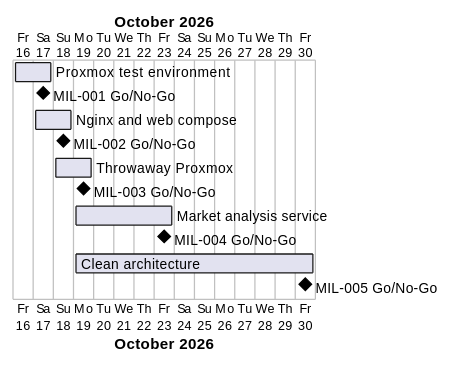
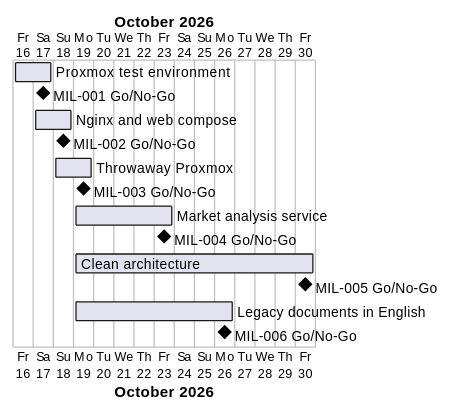
One commit to NF-Hotel/NFHotel changed the diagram in docs/project-plan.md. Above: the diagram before and after it, drawn with PlantUML. The commit also changed other lines of this file and 6 other files, not shown here.

````diff
--- a/docs/project-plan.md
+++ b/docs/project-plan.md
@@ -41,15 +42,17 @@
 ```plantuml
 @startgantt
 Project starts 2026-10-16
 [Proxmox test environment] starts 2026-10-16 and ends 2026-10-17
 [MIL-001 Go/No-Go] happens 2026-10-17
 [Nginx and web compose] starts 2026-10-17 and ends 2026-10-18
 [MIL-002 Go/No-Go] happens 2026-10-18
 [Throwaway Proxmox] starts 2026-10-18 and ends 2026-10-19
 [MIL-003 Go/No-Go] happens 2026-10-19
 [Market analysis service] starts 2026-10-19 and ends 2026-10-23
 [MIL-004 Go/No-Go] happens 2026-10-23
 [Clean architecture] starts 2026-10-19 and ends 2026-10-30
 [MIL-005 Go/No-Go] happens 2026-10-30
+[Legacy documents in English] starts 2026-10-19 and ends 2026-10-26
+[MIL-006 Go/No-Go] happens 2026-10-26
 @endgantt
 ```
````
